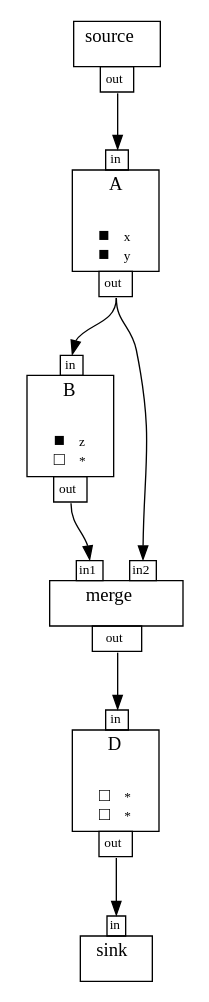
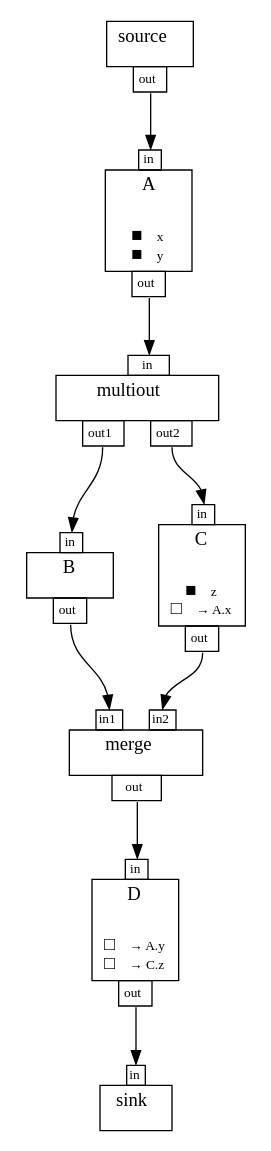
The diagram in fg.gv (dbonattoj/mf), drawn with Graphviz before and after one commit. The commit also changed 6 other files, not shown here.

```diff
--- a/fg.gv
+++ b/fg.gv
@@ -1,29 +1,37 @@
 digraph G{
 	rankdir=TB
 	filter0 [shape=plaintext label=<
 <TABLE BORDER="0" CELLBORDER="0" CELLSPACING="0" CELLPADDING="0"><TR><TD COLSPAN="1" BORDER="1" CELLPADDING="4">source<BR/><FONT POINT-SIZE="10">&nbsp;</FONT></TD></TR><TR><TD COLSPAN="1" BORDER="0"><TABLE BORDER="0" CELLBORDER="0" CELLSPACING="0" CELLPADDING="0"><TR><TD WIDTH="20"></TD><TD BORDER="1" CELLPADDING="3" PORT="out1"><FONT POINT-SIZE="10">out</FONT></TD><TD WIDTH="20"></TD></TR></TABLE></TD></TR></TABLE>
 >];
 	filter2 [shape=plaintext label=<
 <TABLE BORDER="0" CELLBORDER="0" CELLSPACING="0" CELLPADDING="0"><TR><TD WIDTH="20"></TD><TD BORDER="1" CELLPADDING="1" PORT="in3"><FONT POINT-SIZE="10">in</FONT></TD><TD WIDTH="20"></TD></TR><TR><TD COLSPAN="3" BORDER="1" CELLPADDING="4">A<BR/><FONT POINT-SIZE="10">&nbsp;</FONT><BR/><BR/>&#x25A0; <FONT POINT-SIZE="10">x</FONT><BR/>&#x25A0; <FONT POINT-SIZE="10">y</FONT><BR/></TD></TR><TR><TD COLSPAN="3" BORDER="0"><TABLE BORDER="0" CELLBORDER="0" CELLSPACING="0" CELLPADDING="0"><TR><TD WIDTH="20"></TD><TD BORDER="1" CELLPADDING="3" PORT="out4"><FONT POINT-SIZE="10">out</FONT></TD><TD WIDTH="20"></TD></TR></TABLE></TD></TR></TABLE>
 >];
 	filter5 [shape=plaintext label=<
-<TABLE BORDER="0" CELLBORDER="0" CELLSPACING="0" CELLPADDING="0"><TR><TD WIDTH="20"></TD><TD BORDER="1" CELLPADDING="1" PORT="in6"><FONT POINT-SIZE="10">in</FONT></TD><TD WIDTH="20"></TD></TR><TR><TD COLSPAN="3" BORDER="1" CELLPADDING="4">B<BR/><FONT POINT-SIZE="10">&nbsp;</FONT><BR/><BR/>&#x25A0; <FONT POINT-SIZE="10">z</FONT><BR/>&#x25A1; <FONT POINT-SIZE="10">*</FONT><BR/></TD></TR><TR><TD COLSPAN="3" BORDER="0"><TABLE BORDER="0" CELLBORDER="0" CELLSPACING="0" CELLPADDING="0"><TR><TD WIDTH="20"></TD><TD BORDER="1" CELLPADDING="3" PORT="out7"><FONT POINT-SIZE="10">out</FONT></TD><TD WIDTH="20"></TD></TR></TABLE></TD></TR></TABLE>
+<TABLE BORDER="0" CELLBORDER="0" CELLSPACING="0" CELLPADDING="0"><TR><TD WIDTH="20"></TD><TD BORDER="1" CELLPADDING="1" PORT="in6"><FONT POINT-SIZE="10">in</FONT></TD><TD WIDTH="20"></TD></TR><TR><TD COLSPAN="3" BORDER="1" CELLPADDING="4">multiout<BR/><FONT POINT-SIZE="10">&nbsp;</FONT></TD></TR><TR><TD COLSPAN="3" BORDER="0"><TABLE BORDER="0" CELLBORDER="0" CELLSPACING="0" CELLPADDING="0"><TR><TD WIDTH="20"></TD><TD BORDER="1" CELLPADDING="3" PORT="out7"><FONT POINT-SIZE="10">out1</FONT></TD><TD WIDTH="20"></TD><TD BORDER="1" CELLPADDING="3" PORT="out8"><FONT POINT-SIZE="10">out2</FONT></TD><TD WIDTH="20"></TD></TR></TABLE></TD></TR></TABLE>
 >];
-	filter8 [shape=plaintext label=<
-<TABLE BORDER="0" CELLBORDER="0" CELLSPACING="0" CELLPADDING="0"><TR><TD WIDTH="20"></TD><TD BORDER="1" CELLPADDING="1" PORT="in9"><FONT POINT-SIZE="10">in1</FONT></TD><TD WIDTH="20"></TD><TD BORDER="1" CELLPADDING="1" PORT="in10"><FONT POINT-SIZE="10">in2</FONT></TD><TD WIDTH="20"></TD></TR><TR><TD COLSPAN="5" BORDER="1" CELLPADDING="4">merge<BR/><FONT POINT-SIZE="10">&nbsp;</FONT></TD></TR><TR><TD COLSPAN="5" BORDER="0"><TABLE BORDER="0" CELLBORDER="0" CELLSPACING="0" CELLPADDING="0"><TR><TD WIDTH="20"></TD><TD BORDER="1" CELLPADDING="3" PORT="out11"><FONT POINT-SIZE="10">out</FONT></TD><TD WIDTH="20"></TD></TR></TABLE></TD></TR></TABLE>
+	filter9 [shape=plaintext label=<
+<TABLE BORDER="0" CELLBORDER="0" CELLSPACING="0" CELLPADDING="0"><TR><TD WIDTH="20"></TD><TD BORDER="1" CELLPADDING="1" PORT="in10"><FONT POINT-SIZE="10">in</FONT></TD><TD WIDTH="20"></TD></TR><TR><TD COLSPAN="3" BORDER="1" CELLPADDING="4">B<BR/><FONT POINT-SIZE="10">&nbsp;</FONT></TD></TR><TR><TD COLSPAN="3" BORDER="0"><TABLE BORDER="0" CELLBORDER="0" CELLSPACING="0" CELLPADDING="0"><TR><TD WIDTH="20"></TD><TD BORDER="1" CELLPADDING="3" PORT="out11"><FONT POINT-SIZE="10">out</FONT></TD><TD WIDTH="20"></TD></TR></TABLE></TD></TR></TABLE>
 >];
 	filter12 [shape=plaintext label=<
-<TABLE BORDER="0" CELLBORDER="0" CELLSPACING="0" CELLPADDING="0"><TR><TD WIDTH="20"></TD><TD BORDER="1" CELLPADDING="1" PORT="in13"><FONT POINT-SIZE="10">in</FONT></TD><TD WIDTH="20"></TD></TR><TR><TD COLSPAN="3" BORDER="1" CELLPADDING="4">D<BR/><FONT POINT-SIZE="10">&nbsp;</FONT><BR/><BR/>&#x25A1; <FONT POINT-SIZE="10">*</FONT><BR/>&#x25A1; <FONT POINT-SIZE="10">*</FONT><BR/></TD></TR><TR><TD COLSPAN="3" BORDER="0"><TABLE BORDER="0" CELLBORDER="0" CELLSPACING="0" CELLPADDING="0"><TR><TD WIDTH="20"></TD><TD BORDER="1" CELLPADDING="3" PORT="out14"><FONT POINT-SIZE="10">out</FONT></TD><TD WIDTH="20"></TD></TR></TABLE></TD></TR></TABLE>
+<TABLE BORDER="0" CELLBORDER="0" CELLSPACING="0" CELLPADDING="0"><TR><TD WIDTH="20"></TD><TD BORDER="1" CELLPADDING="1" PORT="in13"><FONT POINT-SIZE="10">in</FONT></TD><TD WIDTH="20"></TD></TR><TR><TD COLSPAN="3" BORDER="1" CELLPADDING="4">C<BR/><FONT POINT-SIZE="10">&nbsp;</FONT><BR/><BR/>&#x25A0; <FONT POINT-SIZE="10">z</FONT><BR/>&#x25A1; <FONT POINT-SIZE="10">&#x2192; A.x</FONT><BR/></TD></TR><TR><TD COLSPAN="3" BORDER="0"><TABLE BORDER="0" CELLBORDER="0" CELLSPACING="0" CELLPADDING="0"><TR><TD WIDTH="20"></TD><TD BORDER="1" CELLPADDING="3" PORT="out14"><FONT POINT-SIZE="10">out</FONT></TD><TD WIDTH="20"></TD></TR></TABLE></TD></TR></TABLE>
 >];
 	filter15 [shape=plaintext label=<
-<TABLE BORDER="0" CELLBORDER="0" CELLSPACING="0" CELLPADDING="0"><TR><TD WIDTH="20"></TD><TD BORDER="1" CELLPADDING="1" PORT="in16"><FONT POINT-SIZE="10">in</FONT></TD><TD WIDTH="20"></TD></TR><TR><TD COLSPAN="3" BORDER="1" CELLPADDING="4">sink<BR/><FONT POINT-SIZE="10">&nbsp;</FONT></TD></TR></TABLE>
+<TABLE BORDER="0" CELLBORDER="0" CELLSPACING="0" CELLPADDING="0"><TR><TD WIDTH="20"></TD><TD BORDER="1" CELLPADDING="1" PORT="in16"><FONT POINT-SIZE="10">in1</FONT></TD><TD WIDTH="20"></TD><TD BORDER="1" CELLPADDING="1" PORT="in17"><FONT POINT-SIZE="10">in2</FONT></TD><TD WIDTH="20"></TD></TR><TR><TD COLSPAN="5" BORDER="1" CELLPADDING="4">merge<BR/><FONT POINT-SIZE="10">&nbsp;</FONT></TD></TR><TR><TD COLSPAN="5" BORDER="0"><TABLE BORDER="0" CELLBORDER="0" CELLSPACING="0" CELLPADDING="0"><TR><TD WIDTH="20"></TD><TD BORDER="1" CELLPADDING="3" PORT="out18"><FONT POINT-SIZE="10">out</FONT></TD><TD WIDTH="20"></TD></TR></TABLE></TD></TR></TABLE>
+>];
+	filter19 [shape=plaintext label=<
+<TABLE BORDER="0" CELLBORDER="0" CELLSPACING="0" CELLPADDING="0"><TR><TD WIDTH="20"></TD><TD BORDER="1" CELLPADDING="1" PORT="in20"><FONT POINT-SIZE="10">in</FONT></TD><TD WIDTH="20"></TD></TR><TR><TD COLSPAN="3" BORDER="1" CELLPADDING="4">D<BR/><FONT POINT-SIZE="10">&nbsp;</FONT><BR/><BR/>&#x25A1; <FONT POINT-SIZE="10">&#x2192; A.y</FONT><BR/>&#x25A1; <FONT POINT-SIZE="10">&#x2192; C.z</FONT><BR/></TD></TR><TR><TD COLSPAN="3" BORDER="0"><TABLE BORDER="0" CELLBORDER="0" CELLSPACING="0" CELLPADDING="0"><TR><TD WIDTH="20"></TD><TD BORDER="1" CELLPADDING="3" PORT="out21"><FONT POINT-SIZE="10">out</FONT></TD><TD WIDTH="20"></TD></TR></TABLE></TD></TR></TABLE>
+>];
+	filter22 [shape=plaintext label=<
+<TABLE BORDER="0" CELLBORDER="0" CELLSPACING="0" CELLPADDING="0"><TR><TD WIDTH="20"></TD><TD BORDER="1" CELLPADDING="1" PORT="in23"><FONT POINT-SIZE="10">in</FONT></TD><TD WIDTH="20"></TD></TR><TR><TD COLSPAN="3" BORDER="1" CELLPADDING="4">sink<BR/><FONT POINT-SIZE="10">&nbsp;</FONT></TD></TR></TABLE>
 >];
 	filter0:out1 -> filter2:in3 [arrowhead="normal", headlabel=<>, fontsize=10, labelangle=45, labeldistance=2.0, ];
 	filter2:out4 -> filter5:in6 [arrowhead="normal", headlabel=<>, fontsize=10, labelangle=45, labeldistance=2.0, ];
-	filter5:out7 -> filter8:in9 [arrowhead="normal", headlabel=<>, fontsize=10, labelangle=45, labeldistance=2.0, ];
-	filter2:out4 -> filter8:in10 [arrowhead="normal", headlabel=<>, fontsize=10, labelangle=45, labeldistance=2.0, ];
-	filter8:out11 -> filter12:in13 [arrowhead="normal", headlabel=<>, fontsize=10, labelangle=45, labeldistance=2.0, ];
-	filter12:out14 -> filter15:in16 [arrowhead="normal", headlabel=<>, fontsize=10, labelangle=45, labeldistance=2.0, ];
+	filter5:out7 -> filter9:in10 [arrowhead="normal", headlabel=<>, fontsize=10, labelangle=45, labeldistance=2.0, ];
+	filter5:out8 -> filter12:in13 [arrowhead="normal", headlabel=<>, fontsize=10, labelangle=45, labeldistance=2.0, ];
+	filter9:out11 -> filter15:in16 [arrowhead="normal", headlabel=<>, fontsize=10, labelangle=45, labeldistance=2.0, ];
+	filter12:out14 -> filter15:in17 [arrowhead="normal", headlabel=<>, fontsize=10, labelangle=45, labeldistance=2.0, ];
+	filter15:out18 -> filter19:in20 [arrowhead="normal", headlabel=<>, fontsize=10, labelangle=45, labeldistance=2.0, ];
+	filter19:out21 -> filter22:in23 [arrowhead="normal", headlabel=<>, fontsize=10, labelangle=45, labeldistance=2.0, ];
 	{rank=source; filter0}
-	{rank=sink; filter15}
+	{rank=sink; filter22}
 }
```
